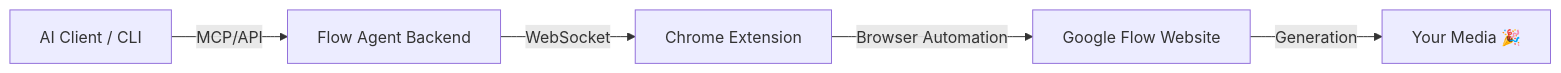
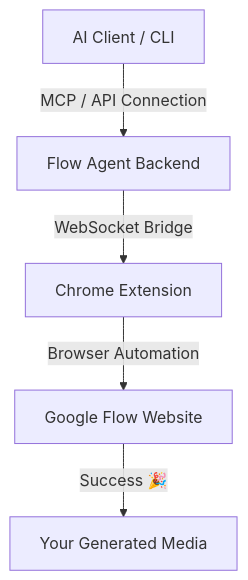
The diagram in README.md (kodelyx/flow-agent), drawn with Mermaid before and after one commit.

Commit message:
Change flowchart orientation to Top-Down for better readability

````diff
--- a/README.md
+++ b/README.md
@@ -32,7 +32,7 @@
 ```mermaid
-graph LR
-    A[AI Client / CLI] -- MCP/API --> B[Flow Agent Backend]
-    B -- WebSocket --> C[Chrome Extension]
-    C -- Browser Automation --> D[Google Flow Website]
-    D -- Generation --> E[Your Media 🎉]
+graph TD
+    A[AI Client / CLI] -- "MCP / API Connection" --> B[Flow Agent Backend]
+    B -- "WebSocket Bridge" --> C[Chrome Extension]
+    C -- "Browser Automation" --> D[Google Flow Website]
+    D -- "Success 🎉" --> E[Your Generated Media]
 ```
````
